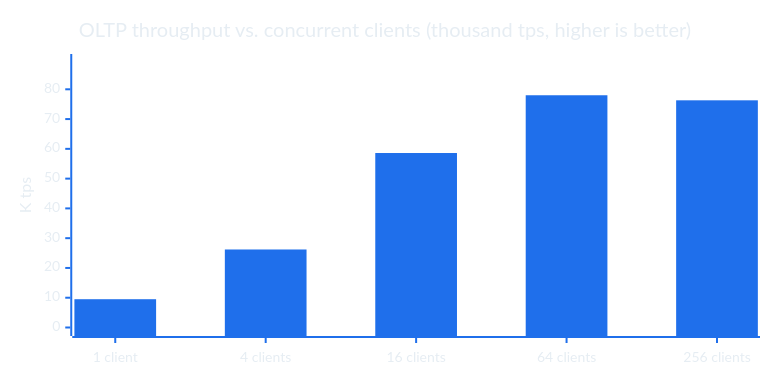
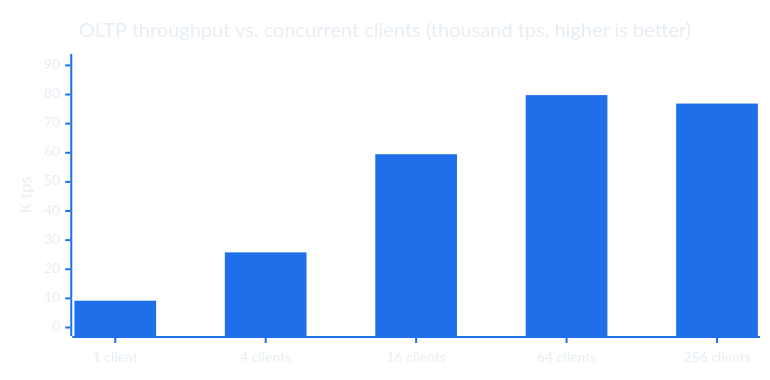
Before and after one commit to DataDalton/Zyron: the second of 4 diagrams in README.md, drawn with Mermaid. The commit also changed other lines of this file and 13 other files, not shown here.

````diff
--- a/README.md
+++ b/README.md
@@ -203,8 +203,8 @@
 ```mermaid
 %%{init: {'theme':'base','themeVariables':{'xyChart':{'backgroundColor':'transparent','titleColor':'#e6edf3','xAxisLabelColor':'#e6edf3','xAxisTitleColor':'#e6edf3','xAxisTickColor':'#1f6feb','xAxisLineColor':'#1f6feb','yAxisLabelColor':'#e6edf3','yAxisTitleColor':'#e6edf3','yAxisTickColor':'#1f6feb','yAxisLineColor':'#1f6feb','plotColorPalette':'#1f6feb'}},'xyChart':{'width':750,'height':360}}}%%
 xychart-beta
     title "OLTP throughput vs. concurrent clients (thousand tps, higher is better)"
     x-axis ["1 client", "4 clients", "16 clients", "64 clients", "256 clients"]
-    y-axis "K tps" 0 --> 89
-    bar [9.5, 26.2, 58.6, 78.0, 76.3]
+    y-axis "K tps" 0 --> 91
+    bar [9.2, 25.8, 59.5, 79.8, 76.9]
 ```
````
